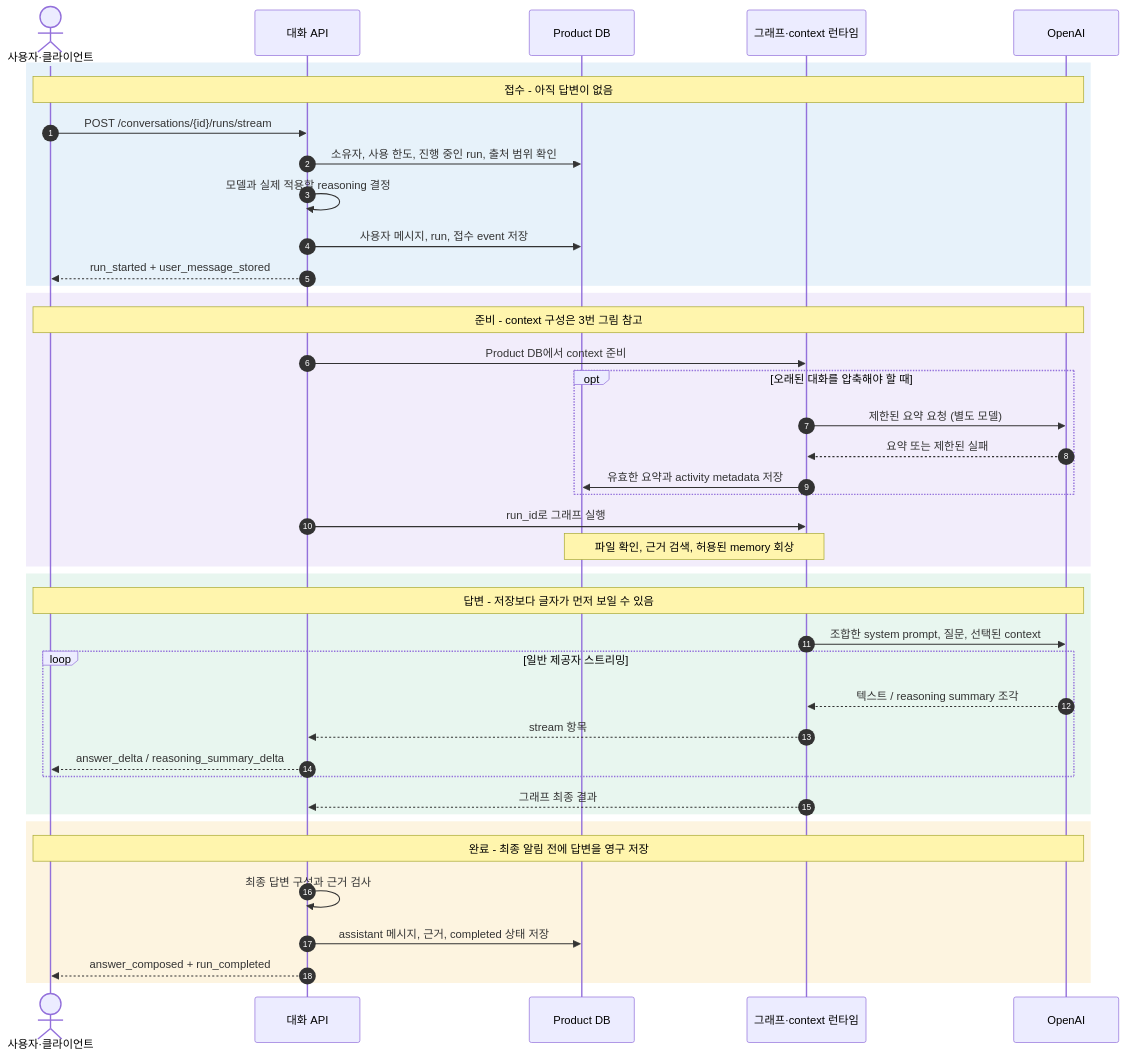
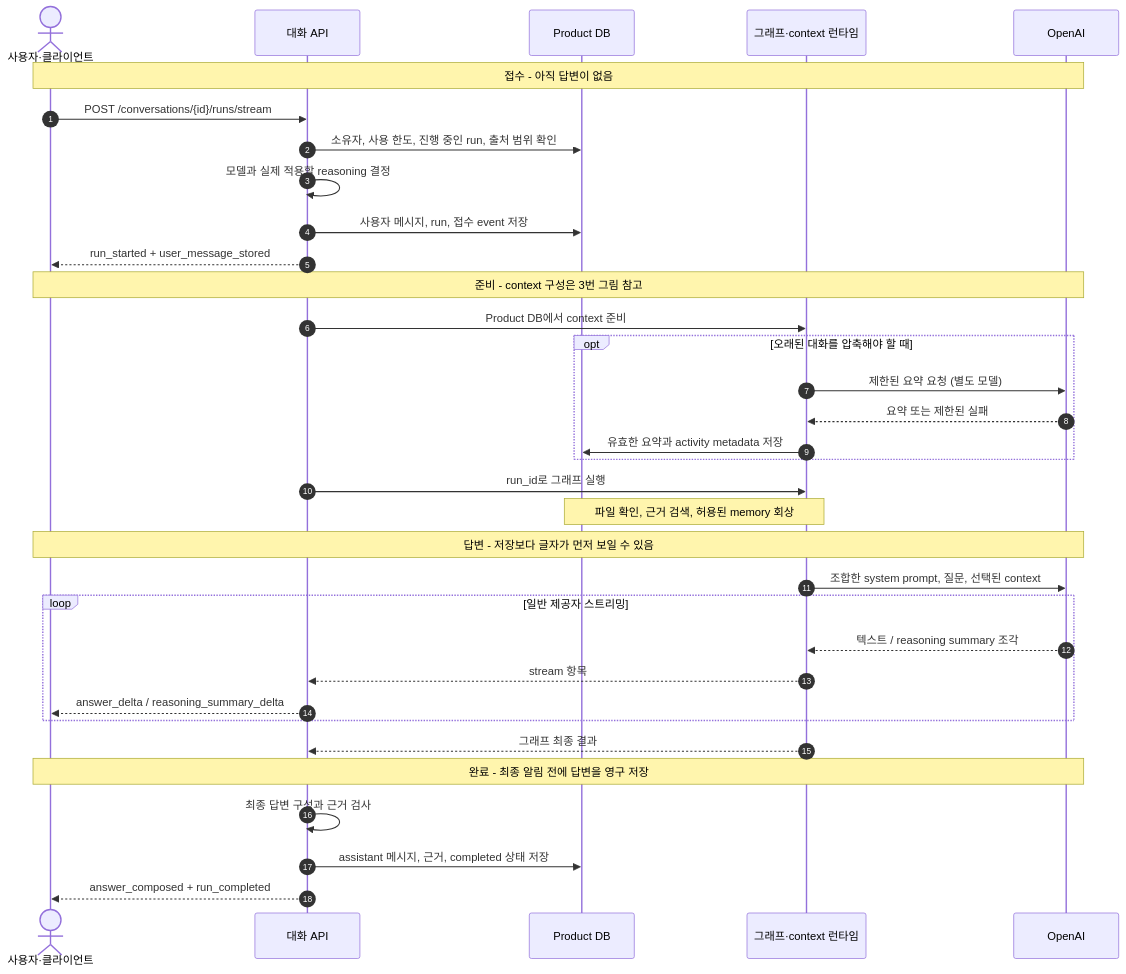
The second of 9 diagrams in docs/product-chat-service/38-message-to-answer-service-flow.ko.md (heecheon92/my-agents), drawn with Mermaid before and after one commit. The commit also changed other lines of this file and 19 other files, not shown here.

Commit message:
docs: improve service flow diagram contrast across themes

````diff
--- a/docs/product-chat-service/38-message-to-answer-service-flow.ko.md
+++ b/docs/product-chat-service/38-message-to-answer-service-flow.ko.md
@@ -77,44 +77,36 @@
 ```mermaid
 sequenceDiagram
     autonumber
     actor C as 사용자·클라이언트
     participant A as 대화 API
     participant D as Product DB
     participant G as 그래프·context 런타임
     participant O as OpenAI
-    rect rgb(231, 242, 250)
-        Note over C,O: 접수 - 아직 답변이 없음
-        C->>A: POST /conversations/{id}/runs/stream
-        A->>D: 소유자, 사용 한도, 진행 중인 run, 출처 범위 확인
-        A->>A: 모델과 실제 적용할 reasoning 결정
-        A->>D: 사용자 메시지, run, 접수 event 저장
-        A-->>C: run_started + user_message_stored
+    Note over C,O: 접수 - 아직 답변이 없음
+    C->>A: POST /conversations/{id}/runs/stream
+    A->>D: 소유자, 사용 한도, 진행 중인 run, 출처 범위 확인
+    A->>A: 모델과 실제 적용할 reasoning 결정
+    A->>D: 사용자 메시지, run, 접수 event 저장
+    A-->>C: run_started + user_message_stored
+    Note over C,O: 준비 - context 구성은 3번 그림 참고
+    A->>G: Product DB에서 context 준비
+    opt 오래된 대화를 압축해야 할 때
+        G->>O: 제한된 요약 요청 (별도 모델)
+        O-->>G: 요약 또는 제한된 실패
+        G->>D: 유효한 요약과 activity metadata 저장
     end
-    rect rgb(242, 237, 251)
-        Note over C,O: 준비 - context 구성은 3번 그림 참고
-        A->>G: Product DB에서 context 준비
-        opt 오래된 대화를 압축해야 할 때
-            G->>O: 제한된 요약 요청 (별도 모델)
-            O-->>G: 요약 또는 제한된 실패
-            G->>D: 유효한 요약과 activity metadata 저장
-        end
-        A->>G: run_id로 그래프 실행
-        Note over G,D: 파일 확인, 근거 검색, 허용된 memory 회상
+    A->>G: run_id로 그래프 실행
+    Note over G,D: 파일 확인, 근거 검색, 허용된 memory 회상
+    Note over C,O: 답변 - 저장보다 글자가 먼저 보일 수 있음
+    G->>O: 조합한 system prompt, 질문, 선택된 context
+    loop 일반 제공자 스트리밍
+        O-->>G: 텍스트 / reasoning summary 조각
+        G-->>A: stream 항목
+        A-->>C: answer_delta / reasoning_summary_delta
     end
-    rect rgb(232, 246, 239)
-        Note over C,O: 답변 - 저장보다 글자가 먼저 보일 수 있음
-        G->>O: 조합한 system prompt, 질문, 선택된 context
-        loop 일반 제공자 스트리밍
-            O-->>G: 텍스트 / reasoning summary 조각
-            G-->>A: stream 항목
-            A-->>C: answer_delta / reasoning_summary_delta
-        end
-        G-->>A: 그래프 최종 결과
-    end
-    rect rgb(253, 244, 224)
-        Note over C,O: 완료 - 최종 알림 전에 답변을 영구 저장
-        A->>A: 최종 답변 구성과 근거 검사
-        A->>D: assistant 메시지, 근거, completed 상태 저장
-        A-->>C: answer_composed + run_completed
-    end
+    G-->>A: 그래프 최종 결과
+    Note over C,O: 완료 - 최종 알림 전에 답변을 영구 저장
+    A->>A: 최종 답변 구성과 근거 검사
+    A->>D: assistant 메시지, 근거, completed 상태 저장
+    A-->>C: answer_composed + run_completed
 ```
````
